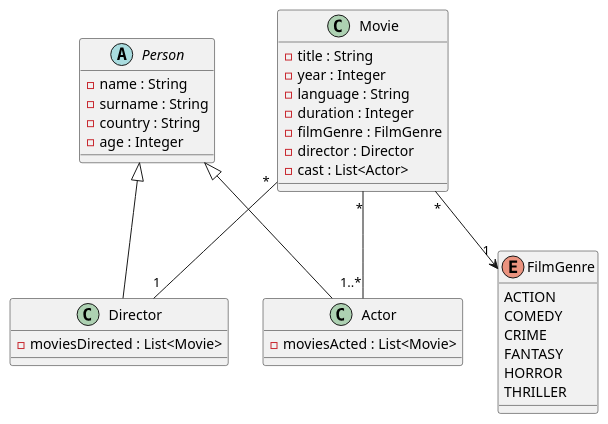
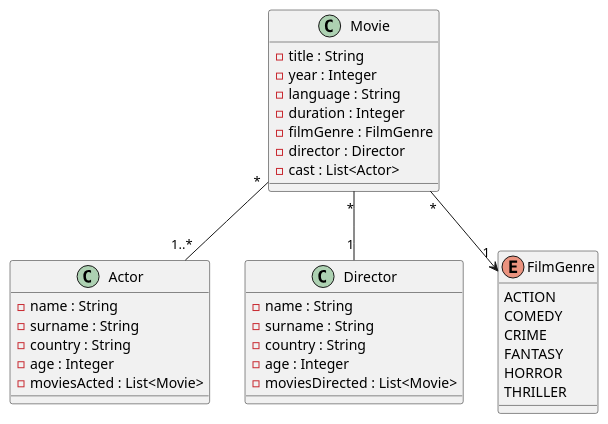
Before and after one commit to polfc21/cleverpy-test: the diagram in plantuml/DomainModel.puml, drawn with PlantUML. The commit also changed 1 other file, not shown here.

```diff
--- a/plantuml/DomainModel.puml
+++ b/plantuml/DomainModel.puml
@@ -1,38 +1,40 @@
 @startuml
-abstract class Person {
+class Actor{
     -name : String
     -surname : String
     -country : String
     -age : Integer
-}
-class Actor extends Person{
     -moviesActed : List<Movie>
 }
-class Director extends Person{
+class Director{
+    -name : String
+    -surname : String
+    -country : String
+    -age : Integer
     -moviesDirected : List<Movie>
 }
 
 class Movie {
     -title : String
     -year : Integer
     -language : String
     -duration : Integer
     -filmGenre : FilmGenre
     -director : Director
     -cast : List<Actor>
 }
 
 enum FilmGenre {
     ACTION
     COMEDY
     CRIME
     FANTASY
     HORROR
     THRILLER
 }
 
 Movie "*" -- "1..*" Actor
 Movie "*" -- "1" Director
 Movie "*" --> "1" FilmGenre
 
 @enduml
```
